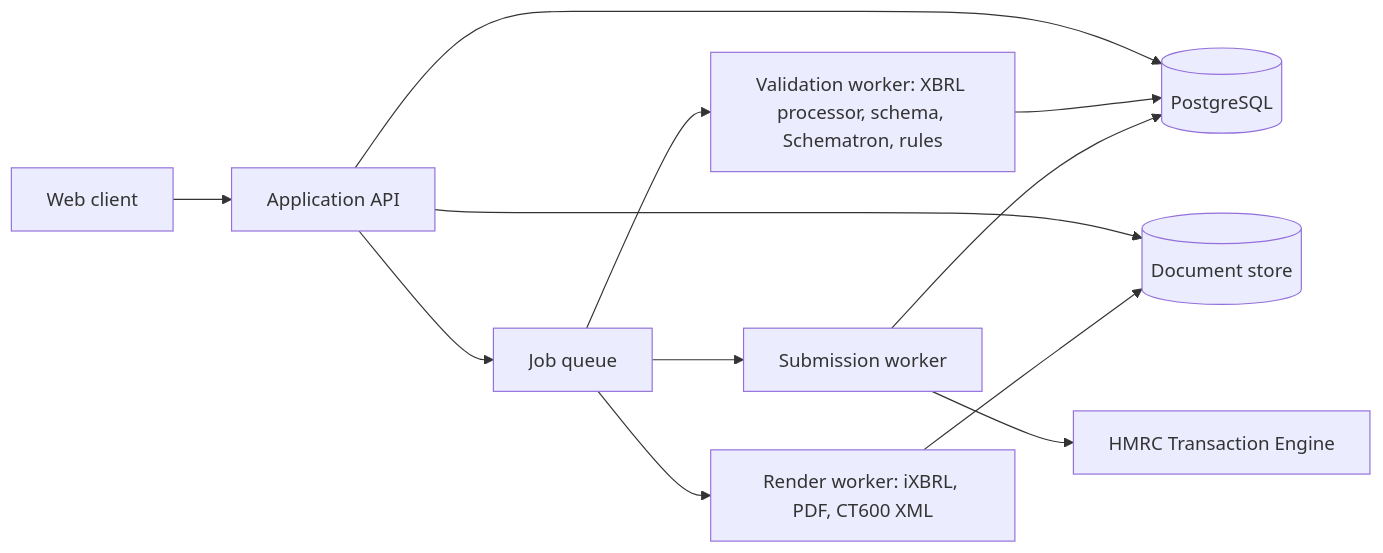
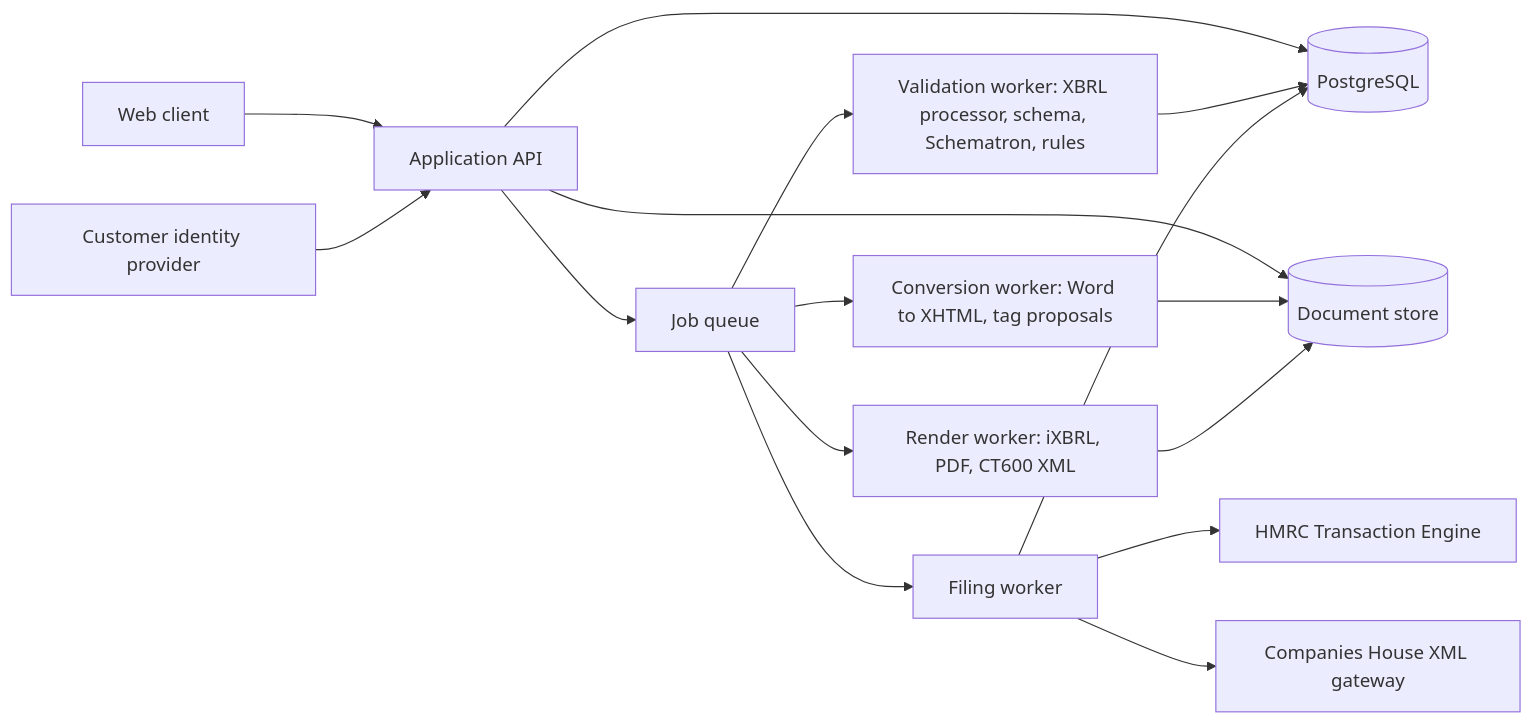
The third of 3 diagrams in SPECIFICATION.md (thomasmead-alt/Xbrl), drawn with Mermaid before and after one commit. The commit also changed other lines of this file, not shown here.

````diff
--- a/SPECIFICATION.md
+++ b/SPECIFICATION.md
@@ -457,14 +577,18 @@
 ```mermaid
 flowchart LR
     UI[Web client] --> API[Application API]
+    IdP[Customer identity provider] --> API
     API --> DB[(PostgreSQL)]
     API --> Store[(Document store)]
     API --> Queue[Job queue]
+    Queue --> Convert[Conversion worker: Word to XHTML, tag proposals]
     Queue --> Render[Render worker: iXBRL, PDF, CT600 XML]
     Queue --> Validate[Validation worker: XBRL processor, schema, Schematron, rules]
-    Queue --> Submit[Submission worker]
-    Submit --> HMRC[HMRC Transaction Engine]
+    Queue --> File[Filing worker]
+    File --> HMRC[HMRC Transaction Engine]
+    File --> CH[Companies House XML gateway]
+    Convert --> Store
     Render --> Store
     Validate --> DB
-    Submit --> DB
+    File --> DB
 ```
````
